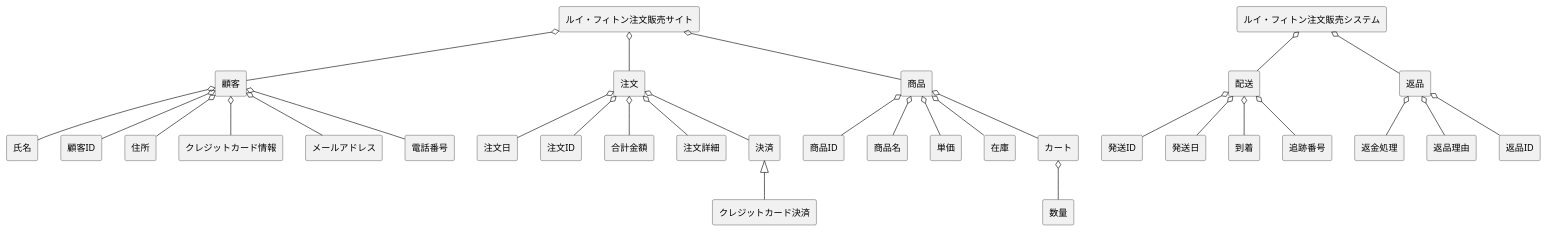
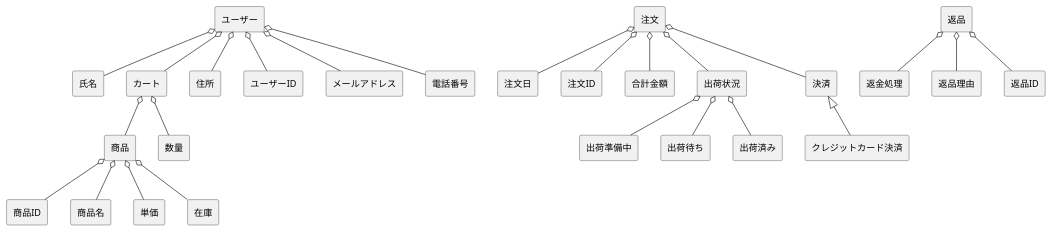
Before and after one commit to mameiku/group3-4: the diagram in domain.pu, drawn with PlantUML.

Commit message:
コミット

```diff
--- a/domain.pu
+++ b/domain.pu
@@ -1,43 +1,34 @@
 @startuml ドメインモデル図
 skinparam componentStyle rectangle
 
-
-[ルイ・フィトン注文販売サイト] o-- [顧客]
-[ルイ・フィトン注文販売サイト] o-- [注文]
-[ルイ・フィトン注文販売サイト] o-- [商品]
-
-[ルイ・フィトン注文販売システム] o-- [配送]
-[ルイ・フィトン注文販売システム] o-- [返品]
-
-[顧客] o-- [氏名]
-[顧客] o-- [顧客ID]
-[顧客] o-- [住所]
-[顧客] o-- [クレジットカード情報]
-[顧客] o-- [メールアドレス]
-[顧客] o-- [電話番号]
+[ユーザー] o-- [氏名]
+[ユーザー] o-- [カート]
+[ユーザー] o-- [住所]
+[ユーザー] o-- [ユーザーID]
+[ユーザー] o-- [メールアドレス]
+[ユーザー] o-- [電話番号]
 
 [注文] o-- [注文日]
 [注文] o-- [注文ID]
 [注文] o-- [合計金額]
-[注文] o-- [注文詳細]
+[注文] o-- [出荷状況]
 [注文] o-- [決済]
 
 [商品] o-- [商品ID]
 [商品] o-- [商品名]
 [商品] o-- [単価]
 [商品] o-- [在庫]
-[商品] o-- [カート]
 
 [カート] o-- [数量]
+[カート] o-- [商品]
 
 [決済] <|-- [クレジットカード決済]
 
-[配送] o-- [発送ID]
-[配送] o-- [発送日]
-[配送] o-- [到着]
-[配送] o-- [追跡番号]
+[出荷状況] o-- [出荷準備中]
+[出荷状況] o-- [出荷待ち]
+[出荷状況] o-- [出荷済み]
 
 [返品] o-- [返金処理]
 [返品] o-- [返品理由]
 [返品] o-- [返品ID]
 @enduml
```
